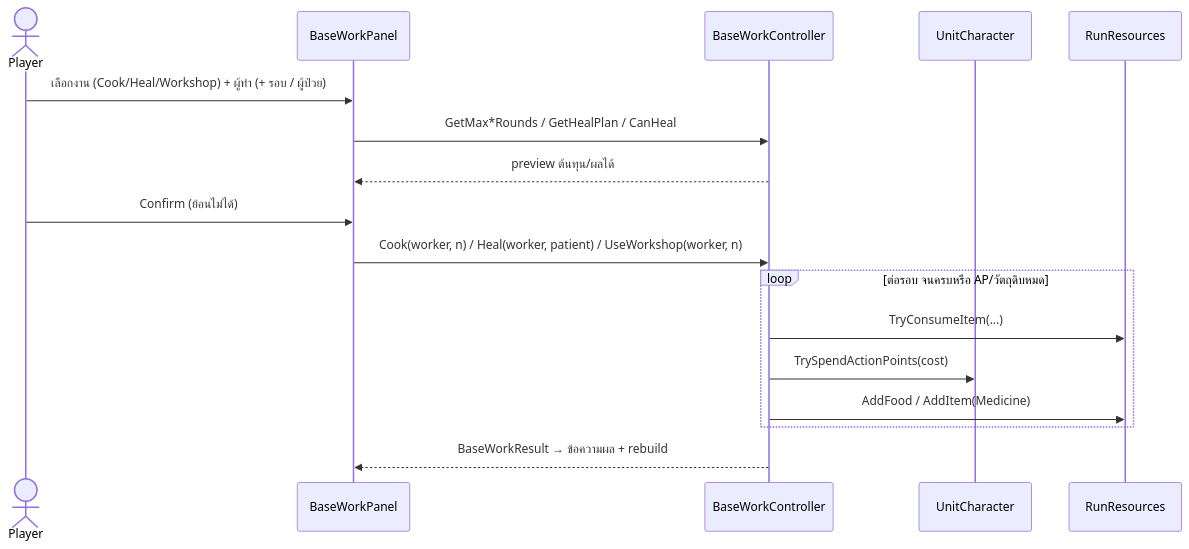
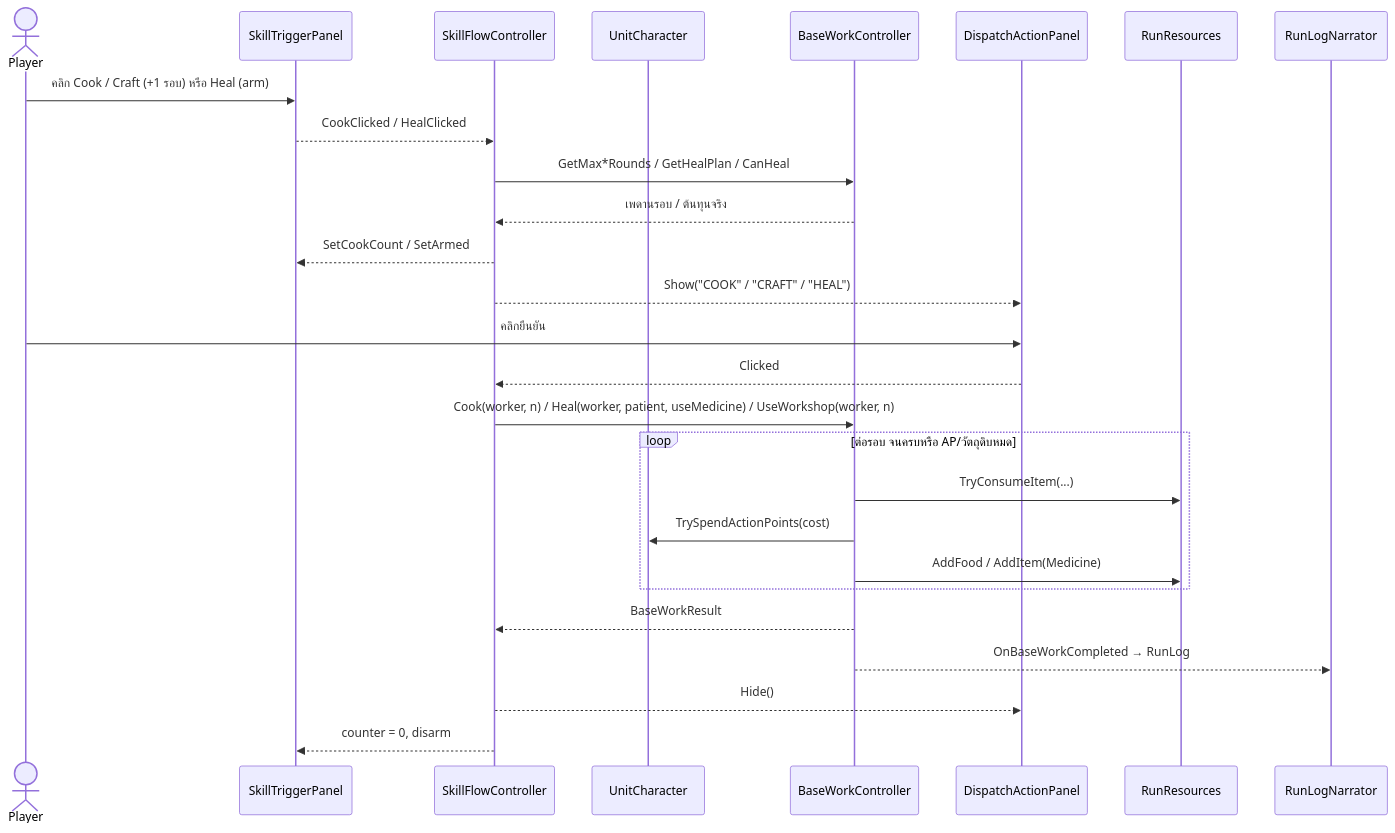
Before and after one commit to nopponaim603/clogged: the fifth of 6 diagrams in docs/software/04-unity-system-design.md, drawn with Mermaid. The commit also changed other lines of this file and 9 other files, not shown here.

````diff
--- a/docs/software/04-unity-system-design.md
+++ b/docs/software/04-unity-system-design.md
@@ -276,20 +289,30 @@
 ```mermaid
 sequenceDiagram
     actor P as Player
-    participant BWP as BaseWorkPanel
+    participant STP as SkillTriggerPanel
+    participant SFC as SkillFlowController
+    participant U as UnitCharacter
     participant BWC as BaseWorkController
-    participant U as UnitCharacter
+    participant DAP as DispatchActionPanel
     participant RR as RunResources
+    participant NR as RunLogNarrator
 
-    P->>BWP: เลือกงาน (Cook/Heal/Workshop) + ผู้ทำ (+ รอบ / ผู้ป่วย)
-    BWP->>BWC: GetMax*Rounds / GetHealPlan / CanHeal
-    BWC-->>BWP: preview ต้นทุน/ผลได้
-    P->>BWP: Confirm (ย้อนไม่ได้)
-    BWP->>BWC: Cook(worker, n) / Heal(worker, patient) / UseWorkshop(worker, n)
+    P->>STP: คลิก Cook / Craft (+1 รอบ) หรือ Heal (arm)
+    STP-->>SFC: CookClicked / HealClicked
+    SFC->>BWC: GetMax*Rounds / GetHealPlan / CanHeal
+    BWC-->>SFC: เพดานรอบ / ต้นทุนจริง
+    SFC-->>STP: SetCookCount / SetArmed
+    SFC-->>DAP: Show("COOK" / "CRAFT" / "HEAL")
+    P->>DAP: คลิกยืนยัน
+    DAP-->>SFC: Clicked
+    SFC->>BWC: Cook(worker, n) / Heal(worker, patient, useMedicine) / UseWorkshop(worker, n)
     loop ต่อรอบ จนครบหรือ AP/วัตถุดิบหมด
         BWC->>RR: TryConsumeItem(...)
         BWC->>U: TrySpendActionPoints(cost)
         BWC->>RR: AddFood / AddItem(Medicine)
     end
-    BWC-->>BWP: BaseWorkResult → ข้อความผล + rebuild
+    BWC-->>SFC: BaseWorkResult
+    BWC-->>NR: OnBaseWorkCompleted → RunLog
+    SFC-->>DAP: Hide()
+    SFC-->>STP: counter = 0, disarm
 ```
````
